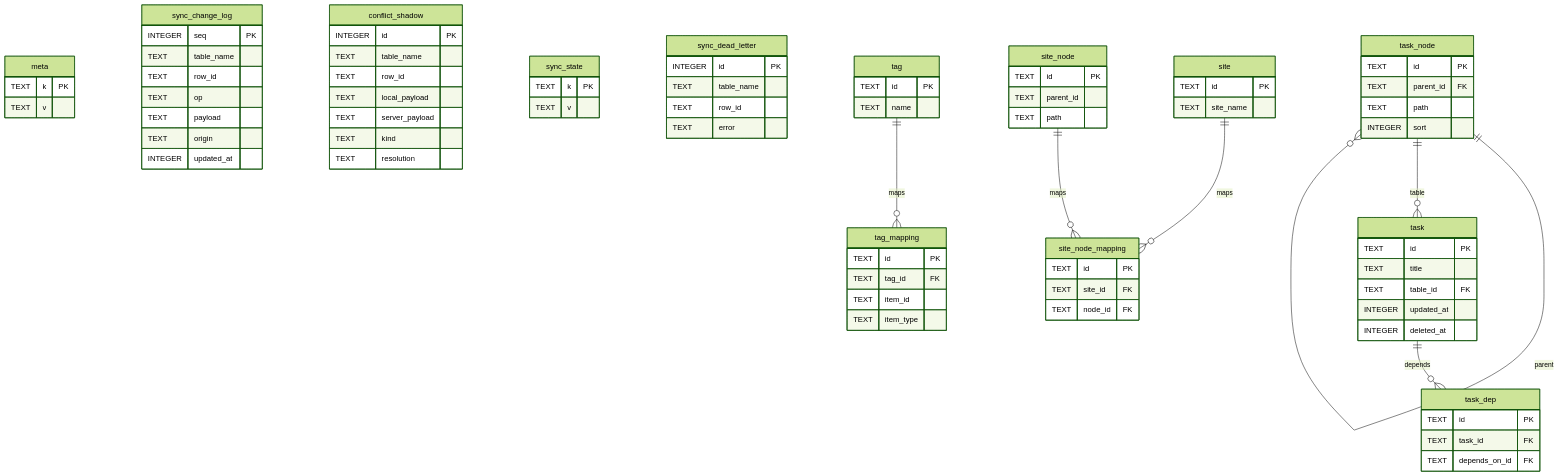
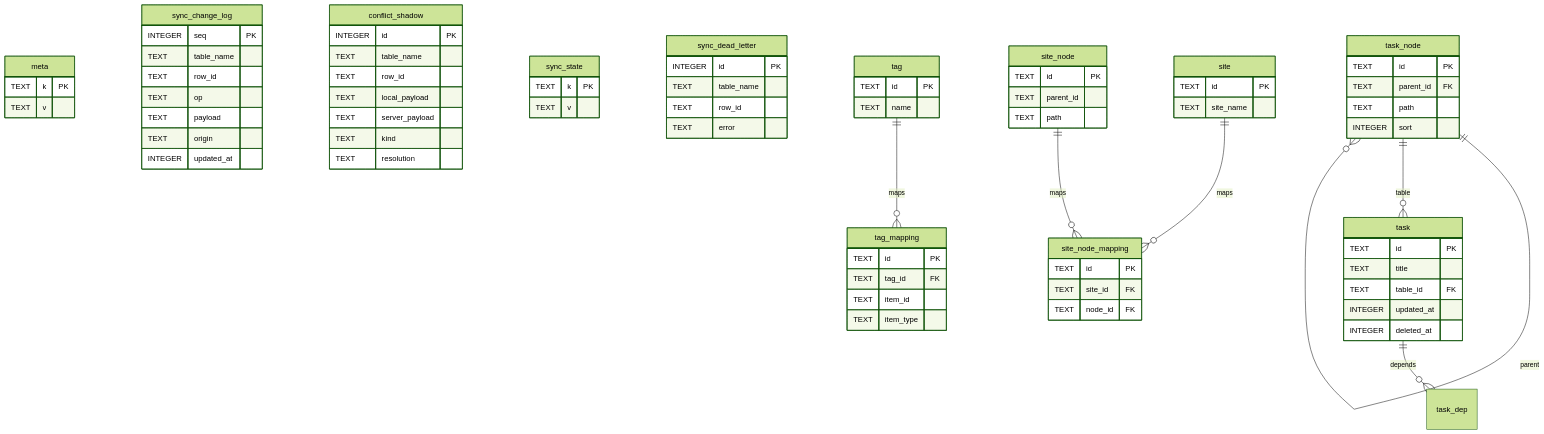
One commit to ityyq777/dsh-workbench-source changed the first of 2 diagrams in docs/specs/05-本地存储设计.md. Above: the diagram before and after it, drawn with Mermaid (forest theme). The commit also changed 20 other files, not shown here.

```diff
--- a/docs/specs/05-本地存储设计.md
+++ b/docs/specs/05-本地存储设计.md
@@ -79,11 +79,7 @@
     TEXT path
     INTEGER sort
   }
-  task_dep {
-    TEXT id PK
-    TEXT task_id FK
-    TEXT depends_on_id FK
-  }
+  %% 5.0.0 起 task_dep 已整体移除，旧库升级时 DROP。
   tag {
     TEXT id PK
     TEXT name
```
